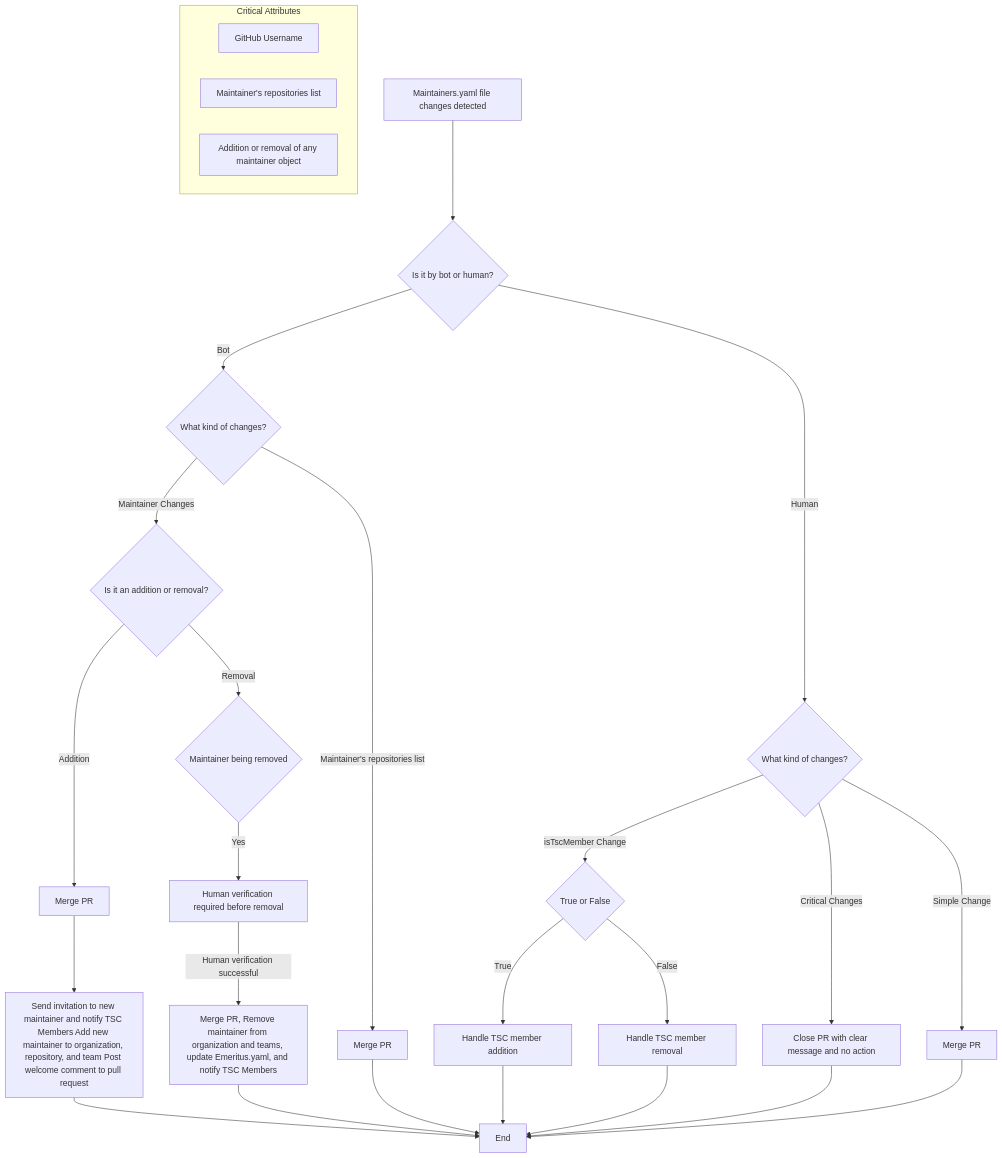
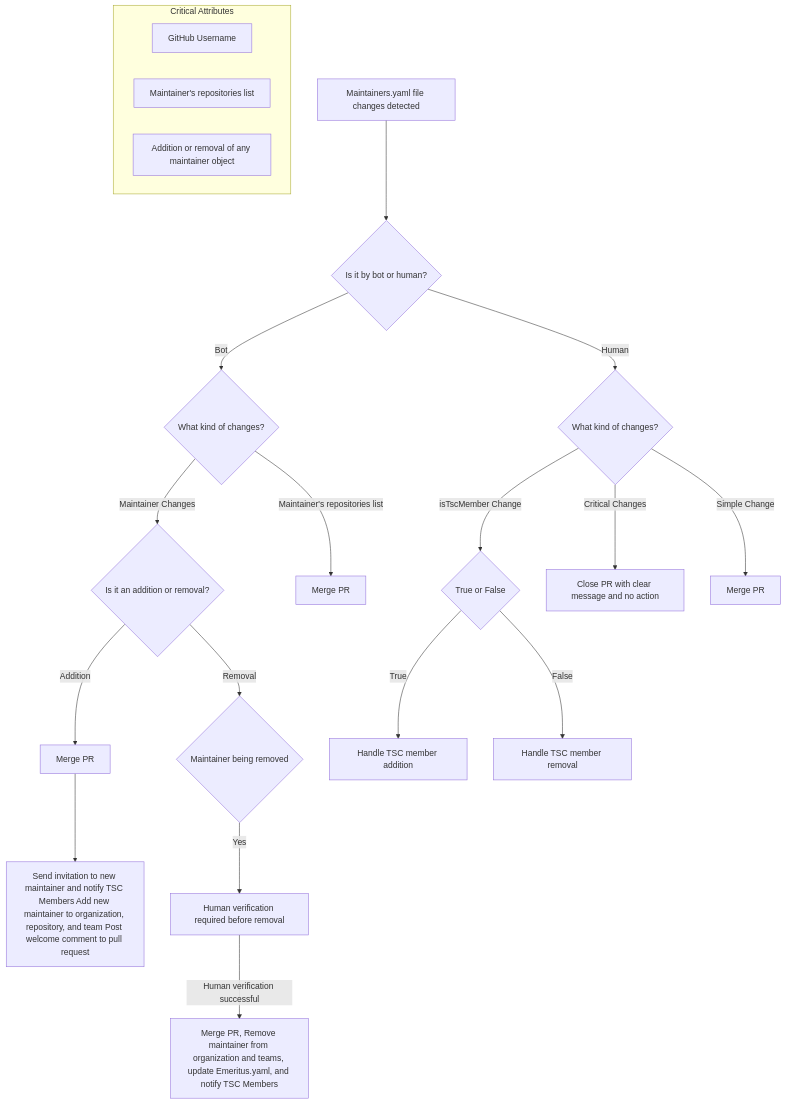
Diagram 11 of 11 in scripts/README.md (14Richa/testRepo1), drawn with Mermaid before and after one commit. The commit also changed other lines of this file, not shown here.

````diff
--- a/scripts/README.md
+++ b/scripts/README.md
@@ -227,40 +228,32 @@
 ```mermaid
 graph TD;
 A[Maintainers.yaml file changes detected] --> B{Is it by bot or human?};
 
 B --> |Bot| D1{What kind of changes?};
 B --> |Human| H1{What kind of changes?};
 
 D1 --> |Maintainer Changes| C1{Is it an addition or removal?};
 D1 --> |Maintainer's repositories list| S1[Merge PR];
 
 C1 --> |Addition| G1[Merge PR];
 C1 --> |Removal| E1{Maintainer being removed};
 
 G1 --> Z1[Send invitation to new maintainer and notify TSC Members Add new maintainer to organization, repository, and team Post welcome comment to pull request];
 
 E1 --> |Yes| F1[Human verification required before removal];
 
 F1 --> |Human verification successful| L2[Merge PR, Remove maintainer from organization and teams, update Emeritus.yaml, and notify TSC Members];
 
 H1 --> |isTscMember Change| TSC1{True or False};
 H1 --> |Critical Changes| P[Close PR with clear message and no action];
 H1 --> |Simple Change| N[Merge PR];
 
 TSC1 --> |True| T1[Handle TSC member addition];
 TSC1 --> |False| T2[Handle TSC member removal];
 
-Z1 --> M[End];
-L2 --> M;
-T1 --> M;
-T2 --> M;
-P --> M;
-N --> M;
-S1 --> M;
-
 subgraph Critical Attributes
 CA1[GitHub Username];
 CA2[Maintainer's repositories list];
 CA3[Addition or removal of any maintainer object];
 end
 ```
````
